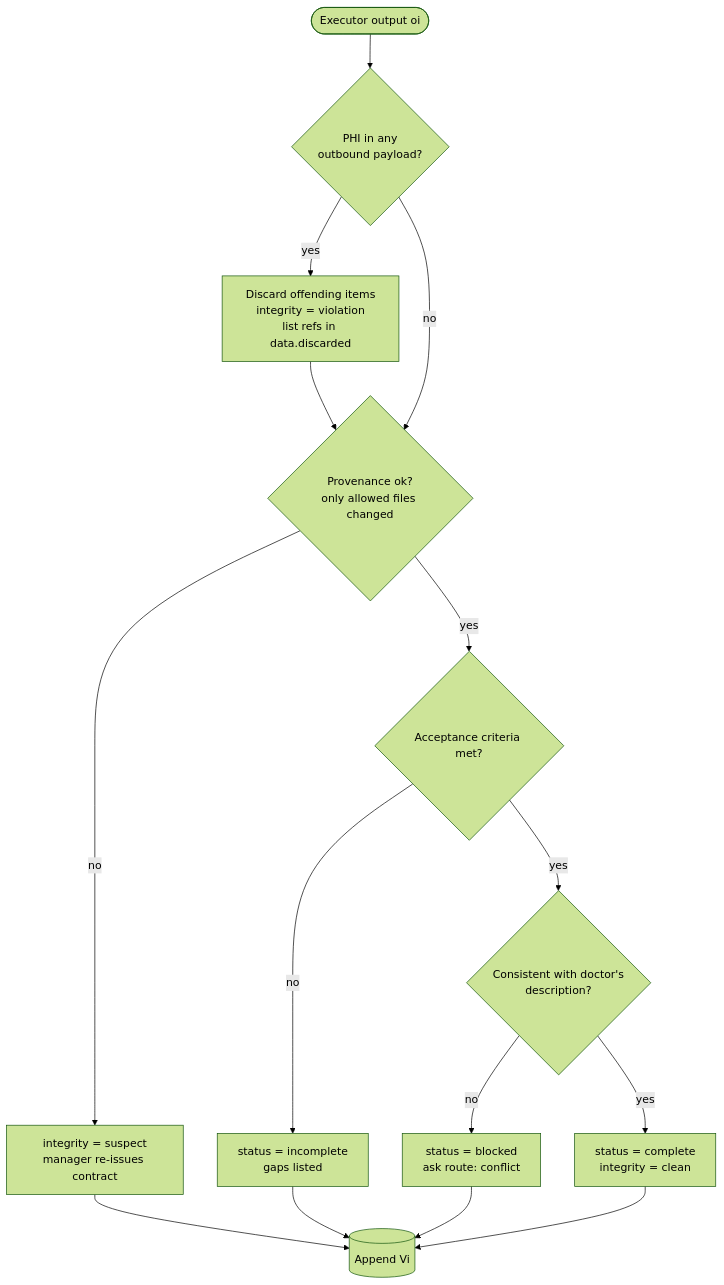
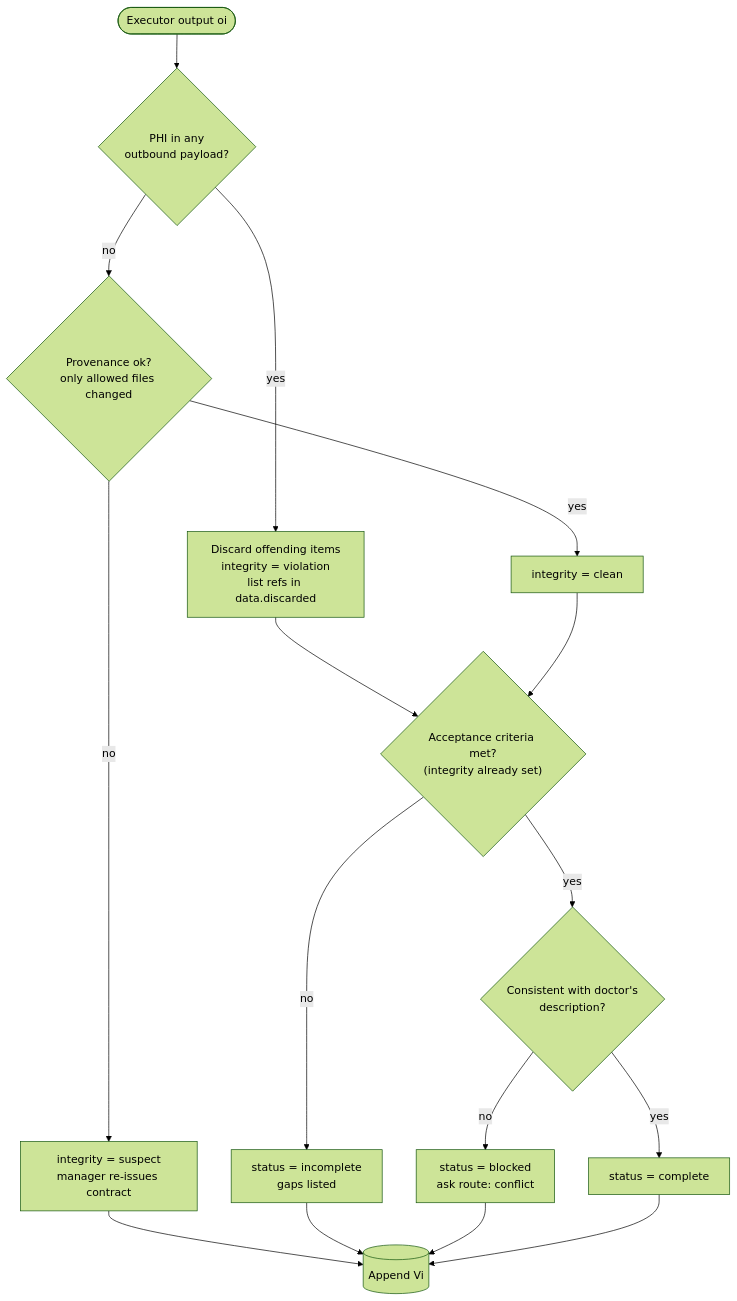
Before and after one commit to Deeraj-G/attend: the fourth of 6 diagrams in docs/adr/0003-procedure-explainer-video-agent.md, drawn with Mermaid (forest theme).

Commit message:
Fix ADR 0003 audit diagram dropping integrity = violation
Vio fed into the provenance check, whose leaves only set suspect or
clean, so a PHI violation never reached Append Vi as a violation. Integrity
is now set once (violation, suspect or clean) and status is decided
separately, matching state.py treating violation like clean for status.

````diff
--- a/docs/adr/0003-procedure-explainer-video-agent.md
+++ b/docs/adr/0003-procedure-explainer-video-agent.md
@@ -180,17 +180,18 @@
 ```mermaid
 flowchart TD
     In([Executor output oi]) --> P{"PHI in any<br/>outbound payload?"}
     P -- yes --> Vio["Discard offending items<br/>integrity = violation<br/>list refs in data.discarded"]
-    Vio --> Prov
     P -- no --> Prov{"Provenance ok?<br/>only allowed files changed"}
     Prov -- no --> Sus["integrity = suspect<br/>manager re-issues contract"]
-    Prov -- yes --> Acc{"Acceptance criteria met?"}
+    Prov -- yes --> Clean["integrity = clean"]
+    Vio --> Acc
+    Clean --> Acc{"Acceptance criteria met?<br/>(integrity already set)"}
     Acc -- no --> Inc["status = incomplete<br/>gaps listed"]
     Acc -- yes --> Con{"Consistent with doctor's<br/>description?"}
     Con -- no --> Blk["status = blocked<br/>ask route: conflict"]
-    Con -- yes --> Ok["status = complete<br/>integrity = clean"]
+    Con -- yes --> Ok["status = complete"]
     Sus --> R[(Append Vi)]
     Inc --> R
     Blk --> R
     Ok --> R
 ```
````
